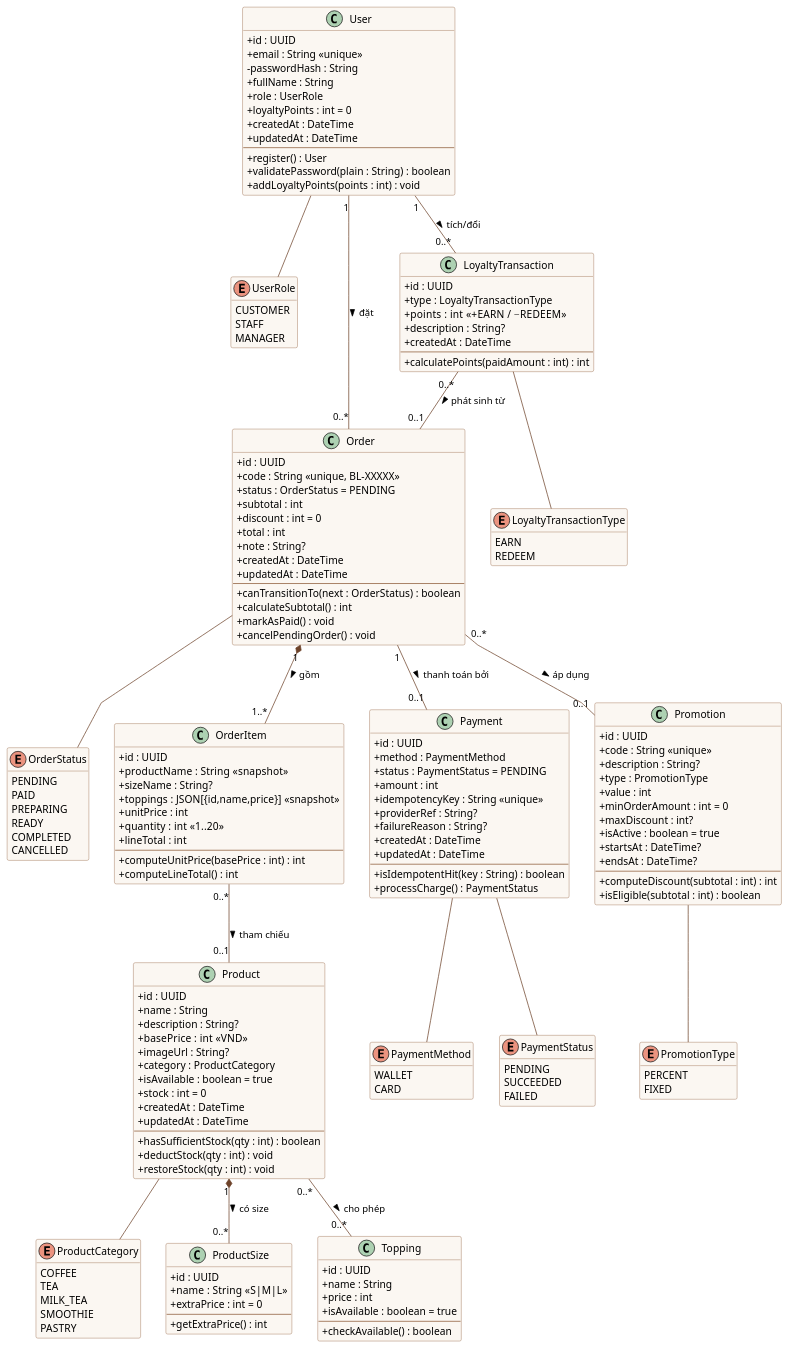
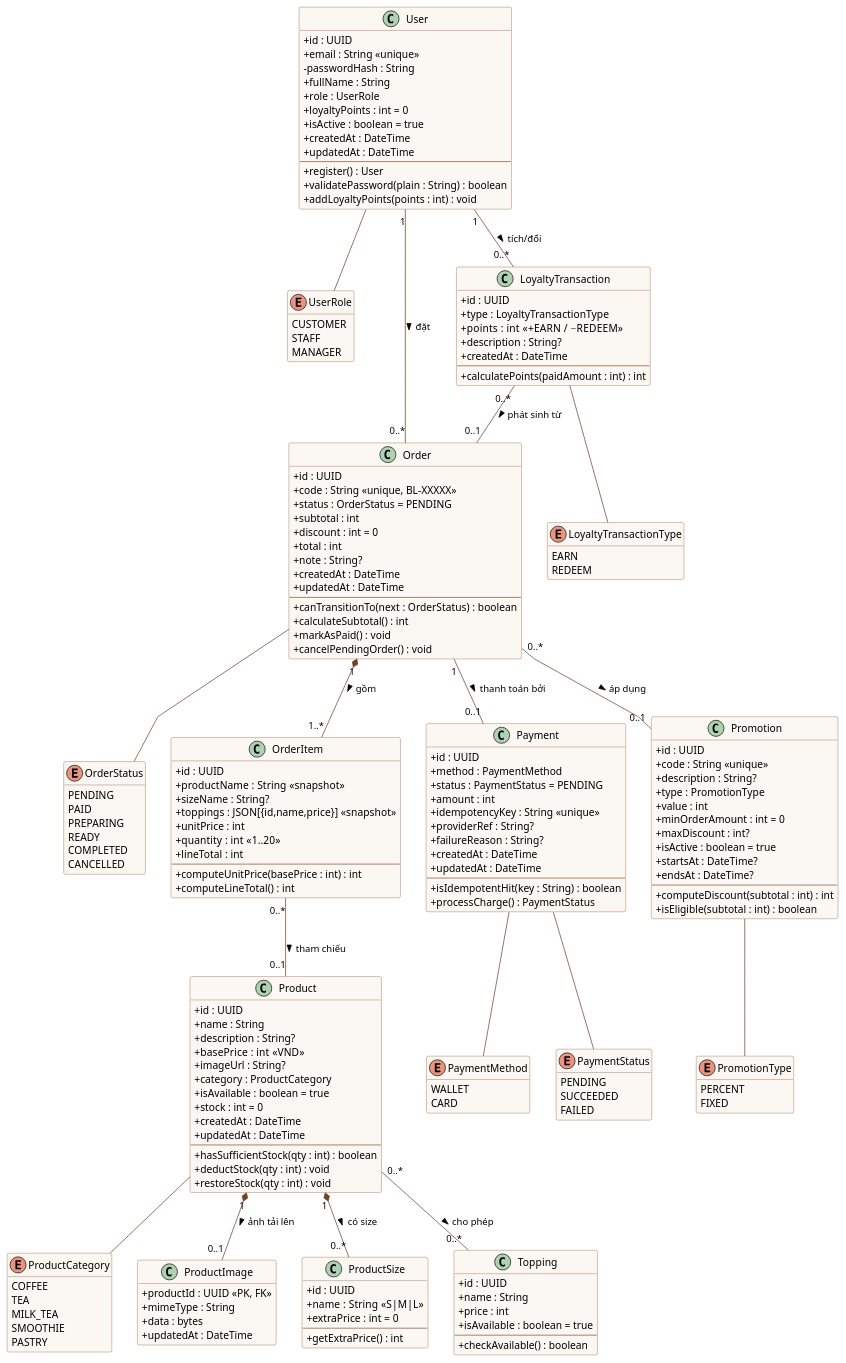
One commit to LHTCoder/brewlite changed the diagram in docs/diagrams/class-domain.puml. Above: the diagram before and after it, drawn with PlantUML. The commit also changed 66 other files, not shown here.

```diff
--- a/docs/diagrams/class-domain.puml
+++ b/docs/diagrams/class-domain.puml
@@ -57,6 +57,7 @@
   +fullName : String
   +role : UserRole
   +loyaltyPoints : int = 0
+  +isActive : boolean = true
   +createdAt : DateTime
   +updatedAt : DateTime
   --
@@ -80,6 +81,13 @@
   +hasSufficientStock(qty : int) : boolean
   +deductStock(qty : int) : void
   +restoreStock(qty : int) : void
+}
+
+class ProductImage {
+  +productId : UUID <<PK, FK>>
+  +mimeType : String
+  +data : bytes
+  +updatedAt : DateTime
 }
 
 class ProductSize {
@@ -178,6 +186,7 @@
 Order "0..*" -- "0..1" Promotion : áp dụng >
 OrderItem "0..*" -- "0..1" Product : tham chiếu >
 Product "1" *-- "0..*" ProductSize : có size >
+Product "1" *-- "0..1" ProductImage : ảnh tải lên >
 Product "0..*" -- "0..*" Topping : cho phép >
 LoyaltyTransaction "0..*" -- "0..1" Order : phát sinh từ >
 
```
